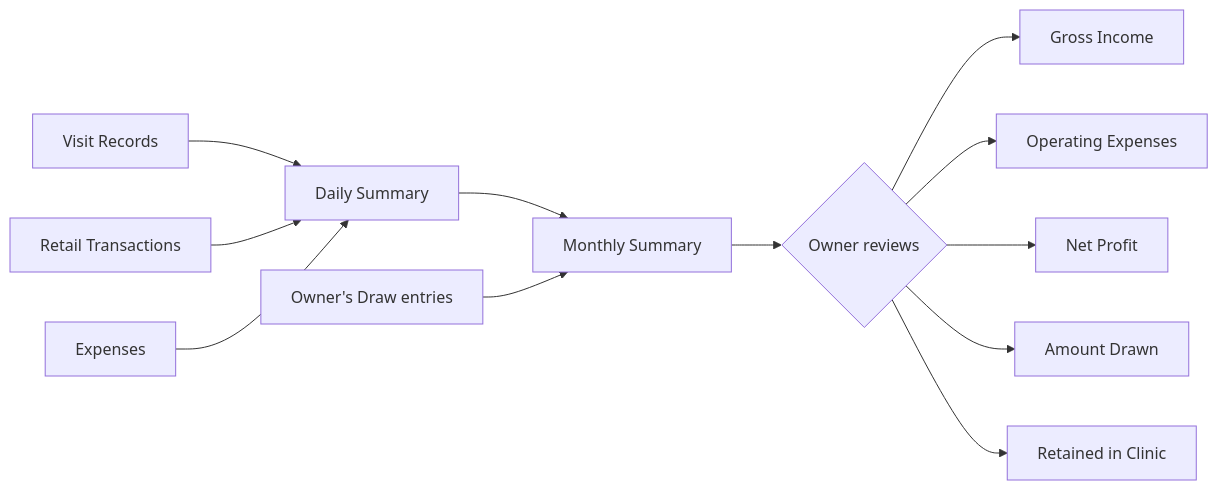
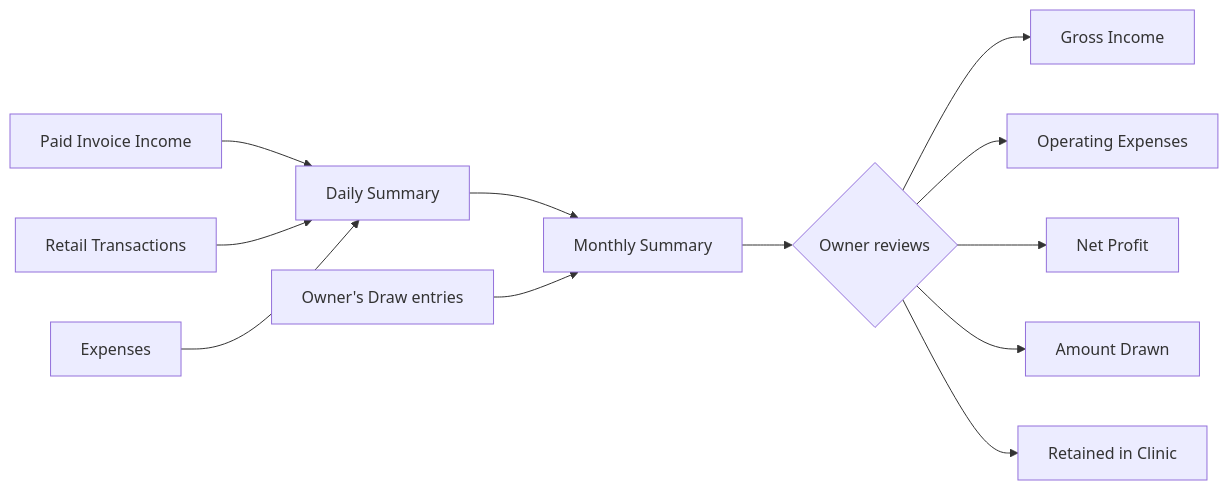
One commit to fandykun/cito-mobile changed the fifth of 5 diagrams in docs/erd.md. Above: the diagram before and after it, drawn with Mermaid. The commit also changed other lines of this file and 1 other file, not shown here.

First line of the commit message:
feat(web): add invoice management workflow

````diff
--- a/docs/erd.md
+++ b/docs/erd.md
@@ -278,14 +290,14 @@
 ```mermaid
 flowchart LR
-    A[Visit Records] --> D[Daily Summary]
+    A[Paid Invoice Income] --> D[Daily Summary]
     B[Retail Transactions] --> D
     C[Expenses] --> D
     D --> E[Monthly Summary]
     F[Owner's Draw entries] --> E
     E --> G{Owner reviews}
     G --> H[Gross Income]
     G --> I[Operating Expenses]
     G --> J[Net Profit]
     G --> K[Amount Drawn]
     G --> L[Retained in Clinic]
 ```
````
